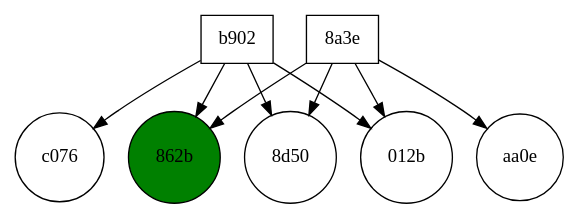
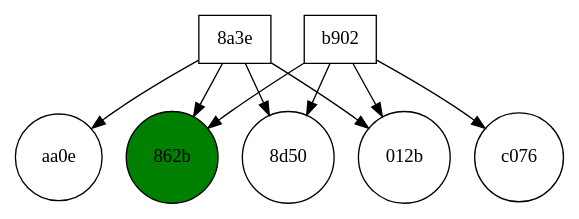
Before and after one commit to ziyadalrasbi/F20SC-CW2: the diagram in doctest-output/visitor.gv, drawn with Graphviz. The commit also changed other lines of this file and 1 other file, not shown here.

Commit message:
pdf format output for graph

```diff
--- a/doctest-output/visitor.gv
+++ b/doctest-output/visitor.gv
@@ -1,31 +1,31 @@
 digraph visitor {
 	graph [rank=min]
 	node [shape=rectangle]
+	"4065369dbee2b902" [label=b902 fillcolor=white shape=rectangle style=filled]
+	"4065369dbee2b902" -> "140310170010-0000000067dc80801f1df696ae52862b"
+	"4065369dbee2b902" -> "140310171202-000000002e5a8ff1f577548fec708d50"
+	"4065369dbee2b902" -> "140310171030-000000008b8d98e95ac0797e7fdb012b"
+	"4065369dbee2b902" -> "140310171114-00000000950ae9deb4faca996b0ec076"
 	"3c01241d5c3a8a3e" [label="8a3e" fillcolor=white shape=rectangle style=filled]
 	"3c01241d5c3a8a3e" -> "140310170010-0000000067dc80801f1df696ae52862b"
 	"3c01241d5c3a8a3e" -> "140310171202-000000002e5a8ff1f577548fec708d50"
 	"3c01241d5c3a8a3e" -> "140310171030-000000008b8d98e95ac0797e7fdb012b"
 	"3c01241d5c3a8a3e" -> "140310165657-0000000068d21bb99dec3ad6ee60aa0e"
-	"4065369dbee2b902" [label=b902 fillcolor=white shape=rectangle style=filled]
-	"4065369dbee2b902" -> "140310170010-0000000067dc80801f1df696ae52862b"
-	"4065369dbee2b902" -> "140310171202-000000002e5a8ff1f577548fec708d50"
-	"4065369dbee2b902" -> "140310171030-000000008b8d98e95ac0797e7fdb012b"
-	"4065369dbee2b902" -> "140310171114-00000000950ae9deb4faca996b0ec076"
 	subgraph document {
 		graph [rank=max]
 		node [shape=circle]
 		"140310170010-0000000067dc80801f1df696ae52862b" [label="862b" fillcolor=green shape=circle style=filled]
 		"140310171202-000000002e5a8ff1f577548fec708d50" [label="8d50" fillcolor=white shape=circle style=filled]
 		"140310171030-000000008b8d98e95ac0797e7fdb012b" [label="012b" fillcolor=white shape=circle style=filled]
+		"140310171114-00000000950ae9deb4faca996b0ec076" [label=c076 fillcolor=white shape=circle style=filled]
 		"140310165657-0000000068d21bb99dec3ad6ee60aa0e" [label=aa0e fillcolor=white shape=circle style=filled]
-		"140310171114-00000000950ae9deb4faca996b0ec076" [label=c076 fillcolor=white shape=circle style=filled]
 		"140310171202-000000002e5a8ff1f577548fec708d50" [label="8d50" fillcolor=white shape=circle style=filled]
 		"140310171030-000000008b8d98e95ac0797e7fdb012b" [label="012b" fillcolor=white shape=circle style=filled]
+		"140310171114-00000000950ae9deb4faca996b0ec076" [label=c076 fillcolor=white shape=circle style=filled]
 		"140310165657-0000000068d21bb99dec3ad6ee60aa0e" [label=aa0e fillcolor=white shape=circle style=filled]
-		"140310171114-00000000950ae9deb4faca996b0ec076" [label=c076 fillcolor=white shape=circle style=filled]
 		"140310171202-000000002e5a8ff1f577548fec708d50" [label="8d50" fillcolor=white shape=circle style=filled]
 		"140310171030-000000008b8d98e95ac0797e7fdb012b" [label="012b" fillcolor=white shape=circle style=filled]
+		"140310171114-00000000950ae9deb4faca996b0ec076" [label=c076 fillcolor=white shape=circle style=filled]
 		"140310165657-0000000068d21bb99dec3ad6ee60aa0e" [label=aa0e fillcolor=white shape=circle style=filled]
-		"140310171114-00000000950ae9deb4faca996b0ec076" [label=c076 fillcolor=white shape=circle style=filled]
 	}
 }
```
